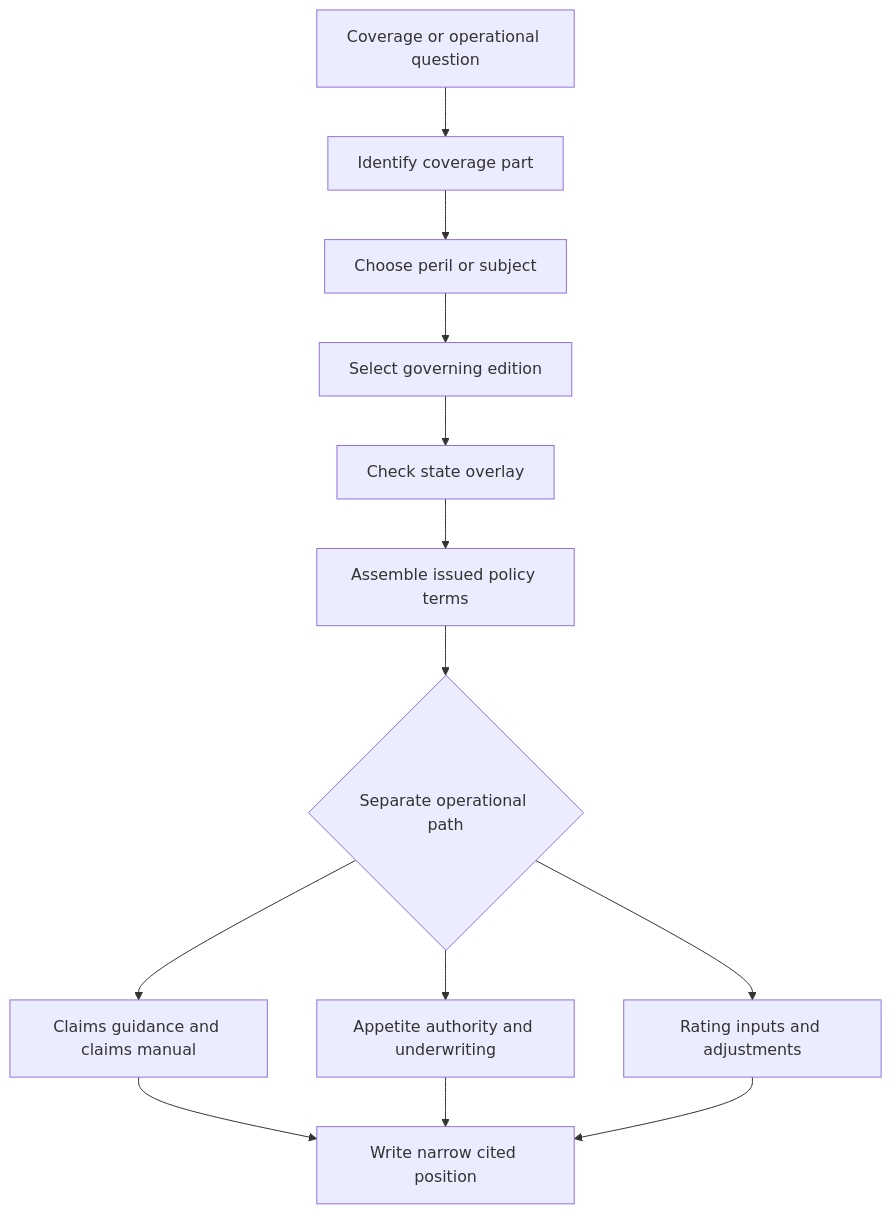
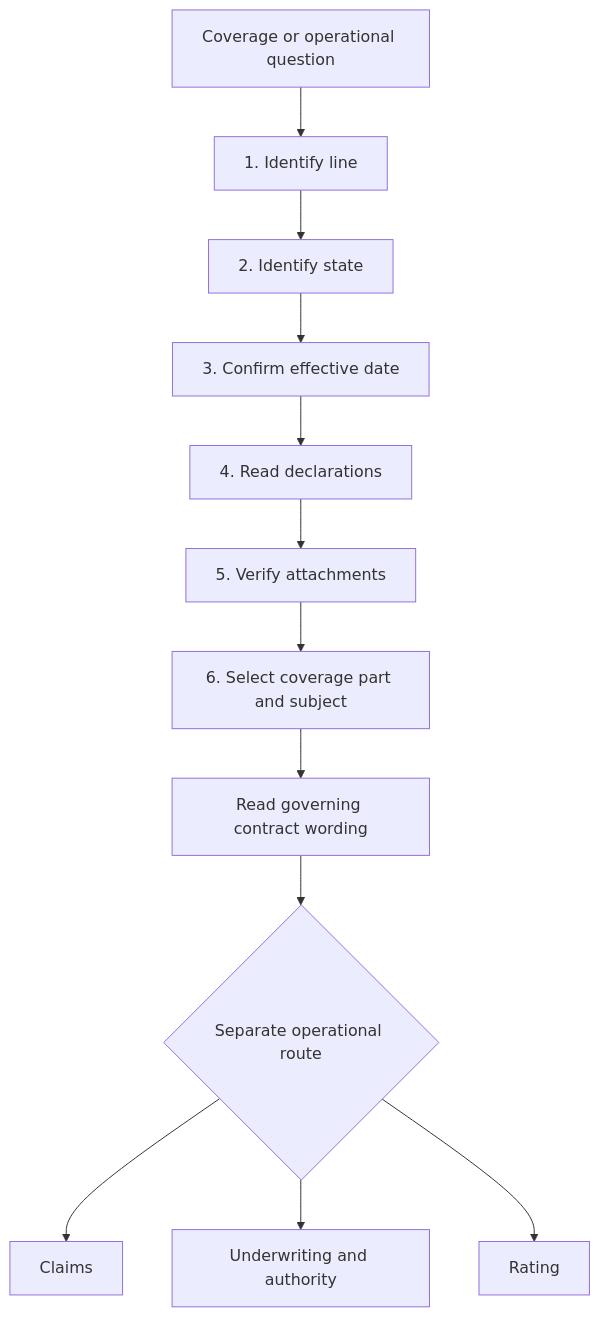
One commit to eugeneliu-86/openwiki-insurance-corpus changed the diagram in openwiki/quickstart.md. Above: the diagram before and after it, drawn with Mermaid. The commit also changed other lines of this file and 107 other files, not shown here.

````diff
--- a/openwiki/quickstart.md
+++ b/openwiki/quickstart.md
@@ -65,15 +71,14 @@
 ```mermaid
 flowchart TD
-    start["Coverage or operational question"] --> part["Identify coverage part"]
-    part --> subject["Choose peril or subject"]
-    subject --> edition["Select governing edition"]
-    edition --> state["Check state overlay"]
-    state --> assemble["Assemble issued policy terms"]
-    assemble --> branch{"Separate operational path"}
-    branch --> claims["Claims guidance and claims manual"]
-    branch --> underwrite["Appetite authority and underwriting"]
-    branch --> rating["Rating inputs and adjustments"]
-    claims --> answer["Write narrow cited position"]
-    underwrite --> answer
-    rating --> answer
+    question["Coverage or operational question"] --> line["1. Identify line"]
+    line --> state["2. Identify state"]
+    state --> date["3. Confirm effective date"]
+    date --> declarations["4. Read declarations"]
+    declarations --> attachments["5. Verify attachments"]
+    attachments --> subject["6. Select coverage part and subject"]
+    subject --> contract["Read governing contract wording"]
+    contract --> branch{"Separate operational route"}
+    branch --> claimroute["Claims"]
+    branch --> uwroute["Underwriting and authority"]
+    branch --> ratingroute["Rating"]
 ```
````
